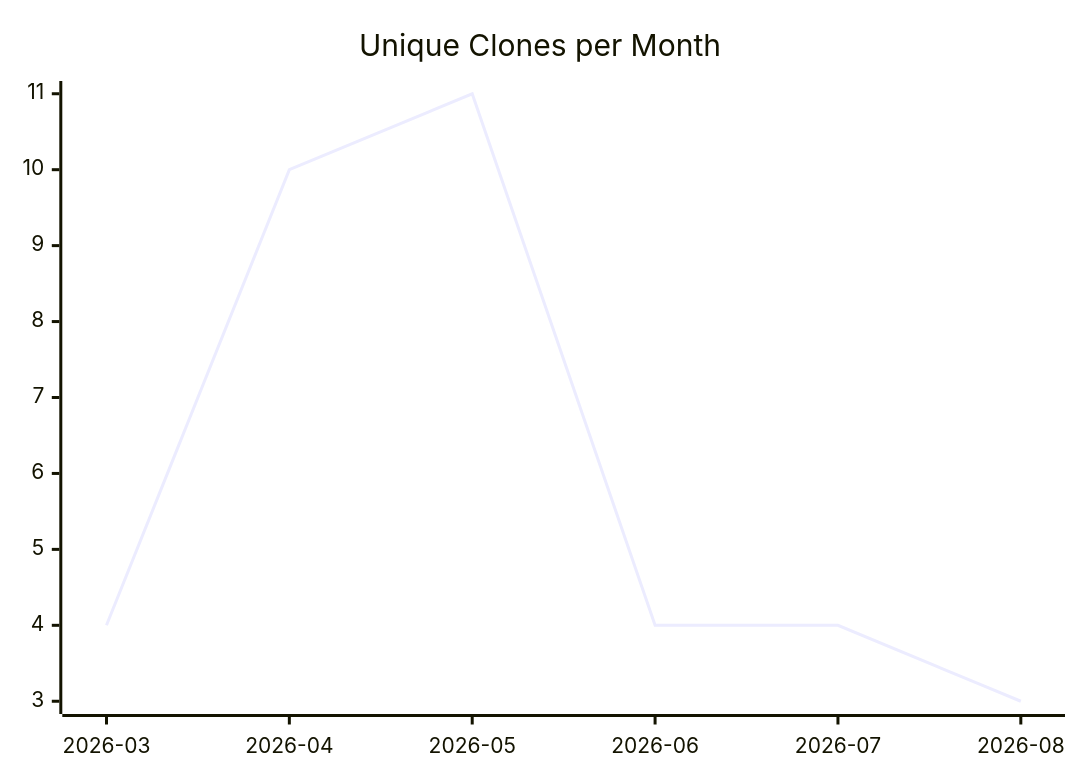
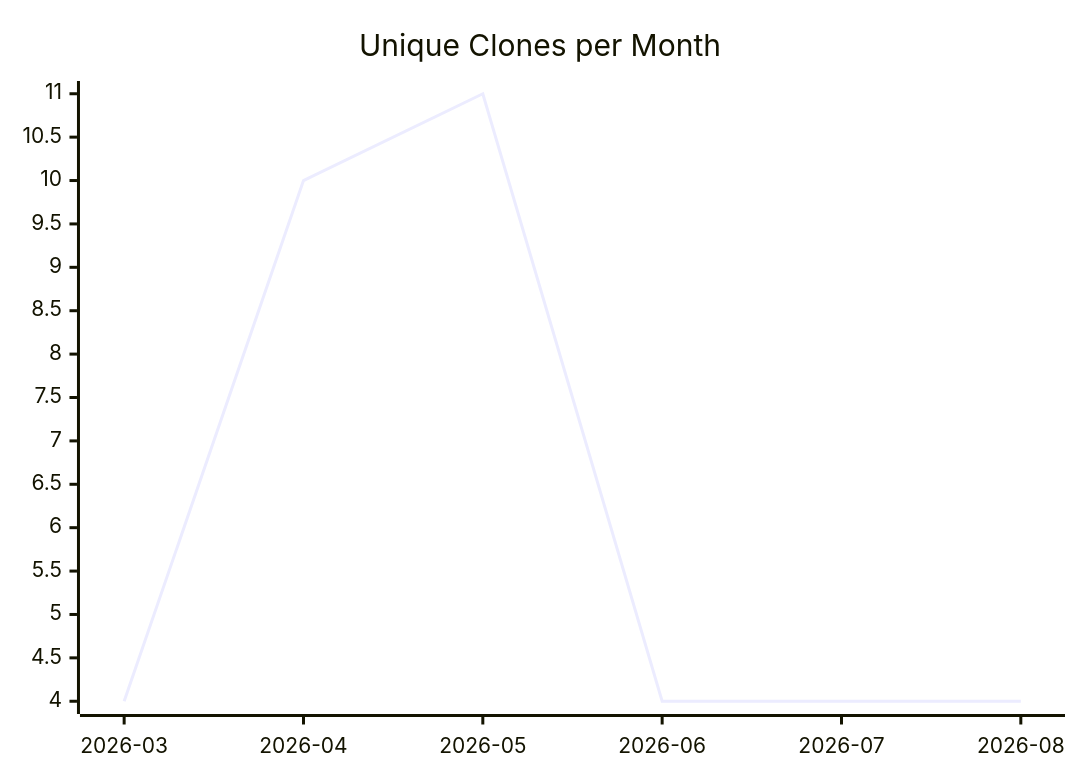
Before and after one commit to justdavis-family/github-analytics-data: the third of 3 diagrams in karlmdavis/workstation-base-ansible-role/README.md, drawn with Mermaid. The commit also changed other lines of this file and 190 other files, not shown here.

````diff
--- a/karlmdavis/workstation-base-ansible-role/README.md
+++ b/karlmdavis/workstation-base-ansible-role/README.md
@@ -19,6 +19,6 @@
 ```mermaid
 xychart-beta
   title "Unique Clones per Month"
   x-axis ["2026-03", "2026-04", "2026-05", "2026-06", "2026-07", "2026-08"]
-  line [4, 10, 11, 4, 4, 3]
+  line [4, 10, 11, 4, 4, 4]
 ```
````
